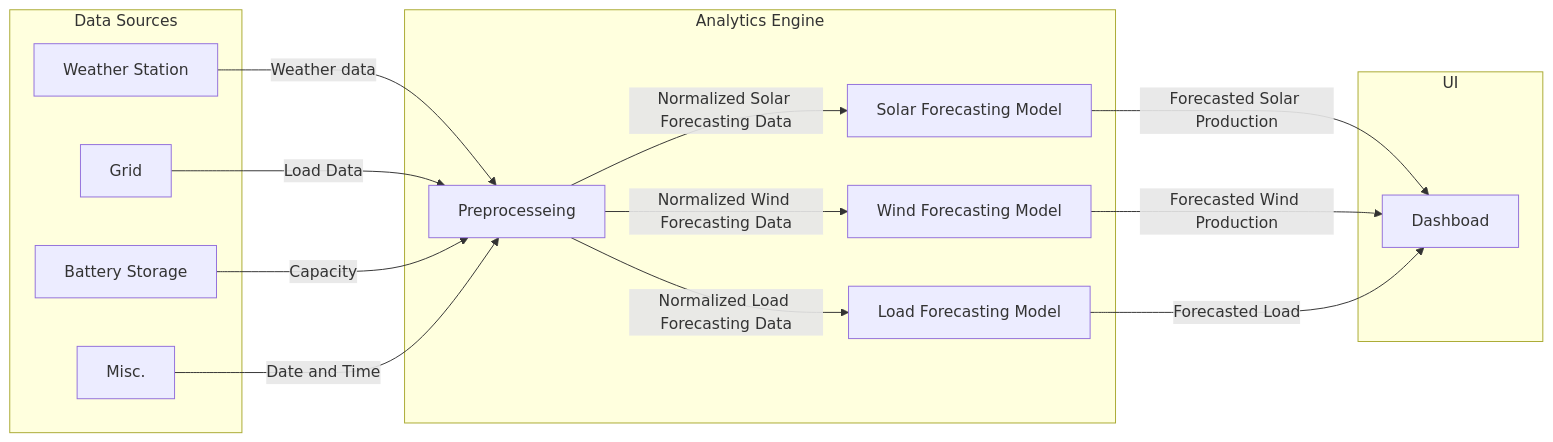
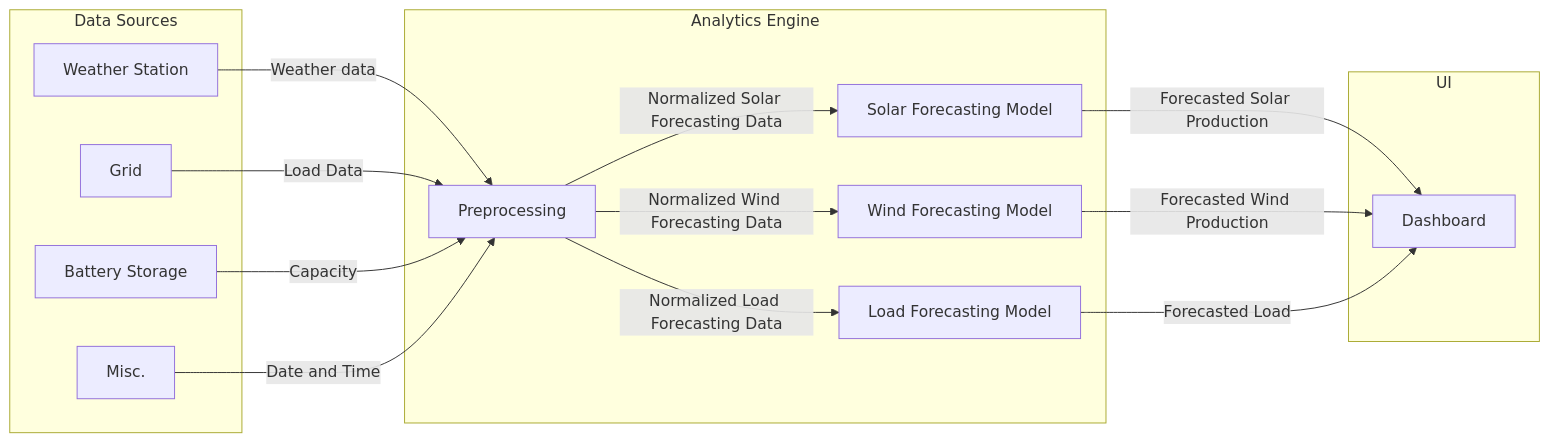
The second of 2 diagrams in README.md (Capstone-AM07/Capstone-AM07), drawn with Mermaid before and after one commit.

Commit message:
fix typos in analytics engine diagram

````diff
--- a/README.md
+++ b/README.md
@@ -62,26 +62,26 @@
 ```mermaid
 flowchart LR
     subgraph Data Sources
         A[Weather Station]
         C[Grid] 
         D[Battery Storage]
         E[Misc.]
     end
     
     subgraph Analytics Engine
-        A-->|Weather data|B[Preprocesseing]
+        A-->|Weather data|B[Preprocessing]
         C-->|Load Data|B
         D-->|Capacity| B
         E-->|Date and Time| B
         B --> |Normalized Solar Forecasting Data| S[Solar Forecasting Model]
         
         B --> |Normalized Wind Forecasting Data| W[Wind Forecasting Model]
         B --> |Normalized Load Forecasting Data| L[Load Forecasting Model]
     end
 
     subgraph UI    
-        S-->|Forecasted Solar Production| H[Dashboad]
+        S-->|Forecasted Solar Production| H[Dashboard]
         W-->|Forecasted Wind Production| H
         L -->|Forecasted Load| H
     end
 ```
````
